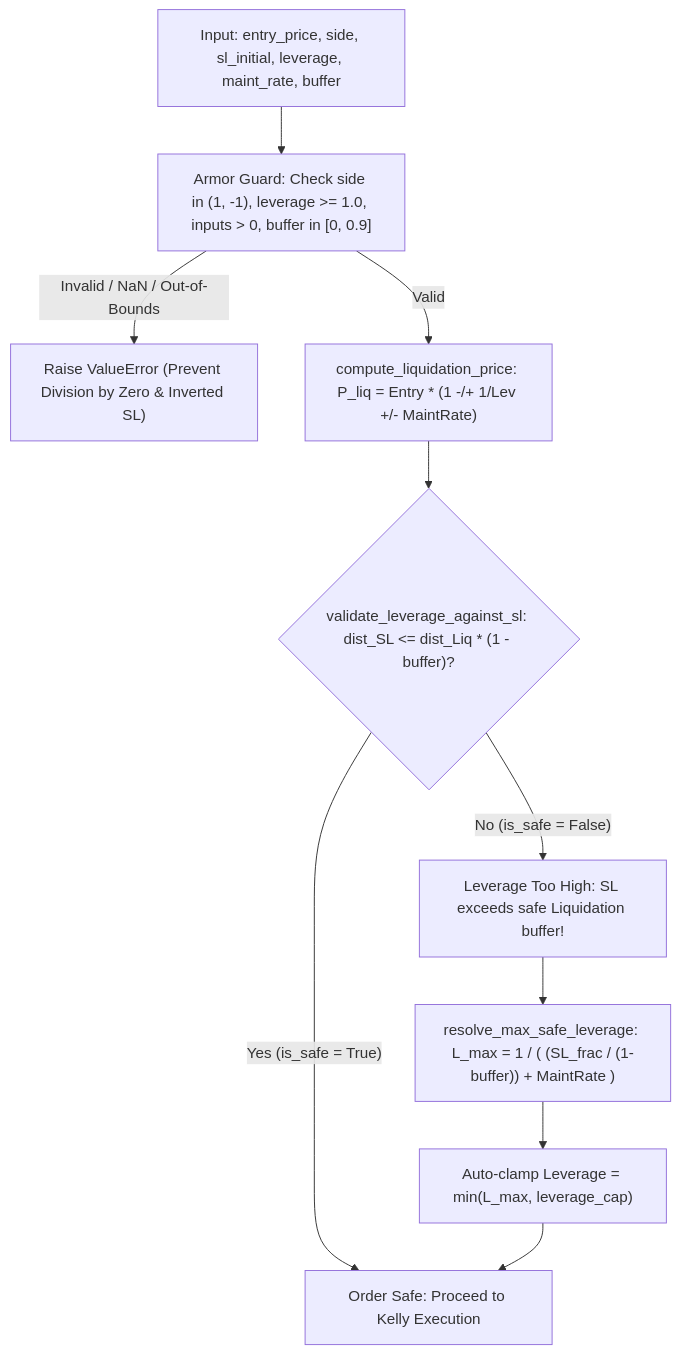
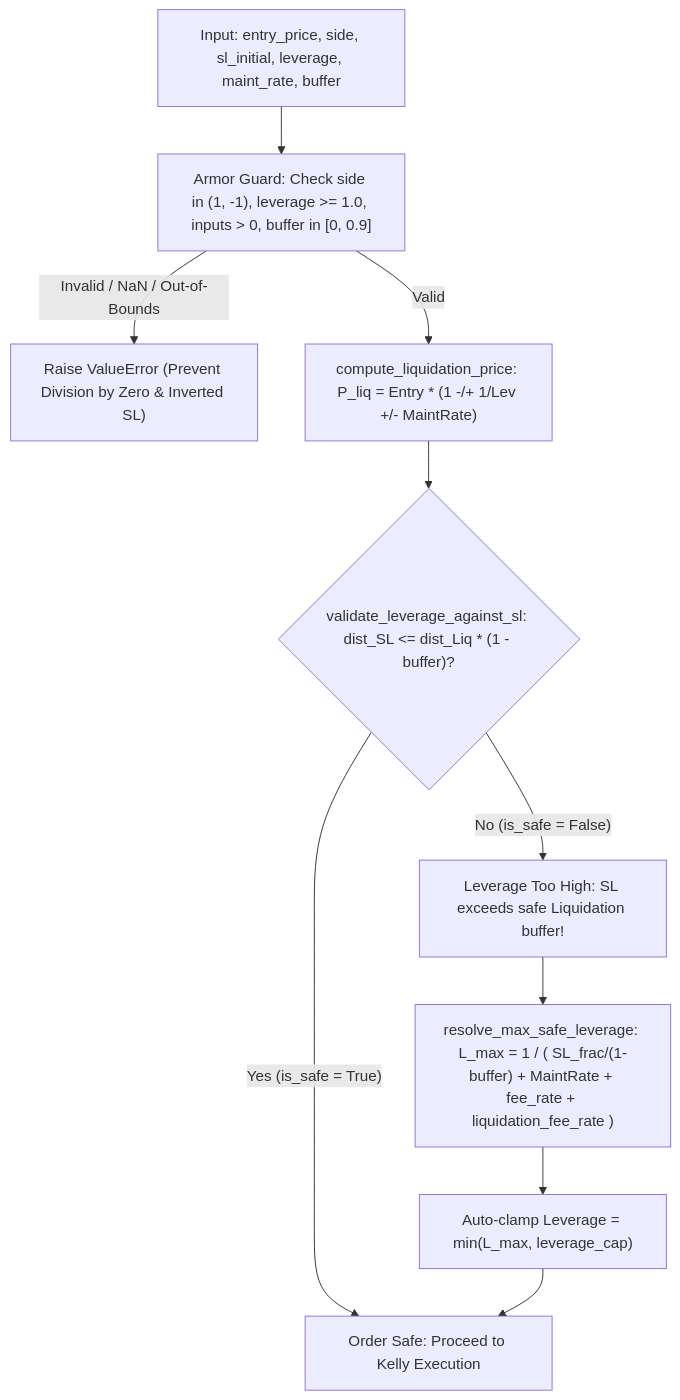
The eighth of 9 diagrams in docs/engineering_audit_and_explanation_report.md (hoangcongly/1907TacticalAI), drawn with Mermaid before and after one commit. The commit also changed other lines of this file and 8 other files, not shown here.

````diff
--- a/docs/engineering_audit_and_explanation_report.md
+++ b/docs/engineering_audit_and_explanation_report.md
@@ -607,15 +682,15 @@
 ```mermaid
 flowchart TD
     Input["Input: entry_price, side, sl_initial, leverage, maint_rate, buffer"] --> Guard["Armor Guard: Check side in (1, -1), leverage >= 1.0, inputs > 0, buffer in [0, 0.9]"]
     Guard -->|Invalid / NaN / Out-of-Bounds| Error["Raise ValueError (Prevent Division by Zero & Inverted SL)"]
     
     Guard -->|Valid| CalcLiq["compute_liquidation_price: P_liq = Entry * (1 -/+ 1/Lev +/- MaintRate)"]
     
     CalcLiq --> CheckSafe{"validate_leverage_against_sl: dist_SL <= dist_Liq * (1 - buffer)?"}
     CheckSafe -->|"Yes (is_safe = True)"| SafeOrder["Order Safe: Proceed to Kelly Execution"]
     
     CheckSafe -->|"No (is_safe = False)"| CapNeed["Leverage Too High: SL exceeds safe Liquidation buffer!"]
-    CapNeed --> CalcMax["resolve_max_safe_leverage: L_max = 1 / ( (SL_frac / (1-buffer)) + MaintRate )"]
+    CapNeed --> CalcMax["resolve_max_safe_leverage: L_max = 1 / ( SL_frac/(1-buffer) + MaintRate + fee_rate + liquidation_fee_rate )"]
     CalcMax --> AutoAdjust["Auto-clamp Leverage = min(L_max, leverage_cap)"]
     AutoAdjust --> SafeOrder
 ```
````
